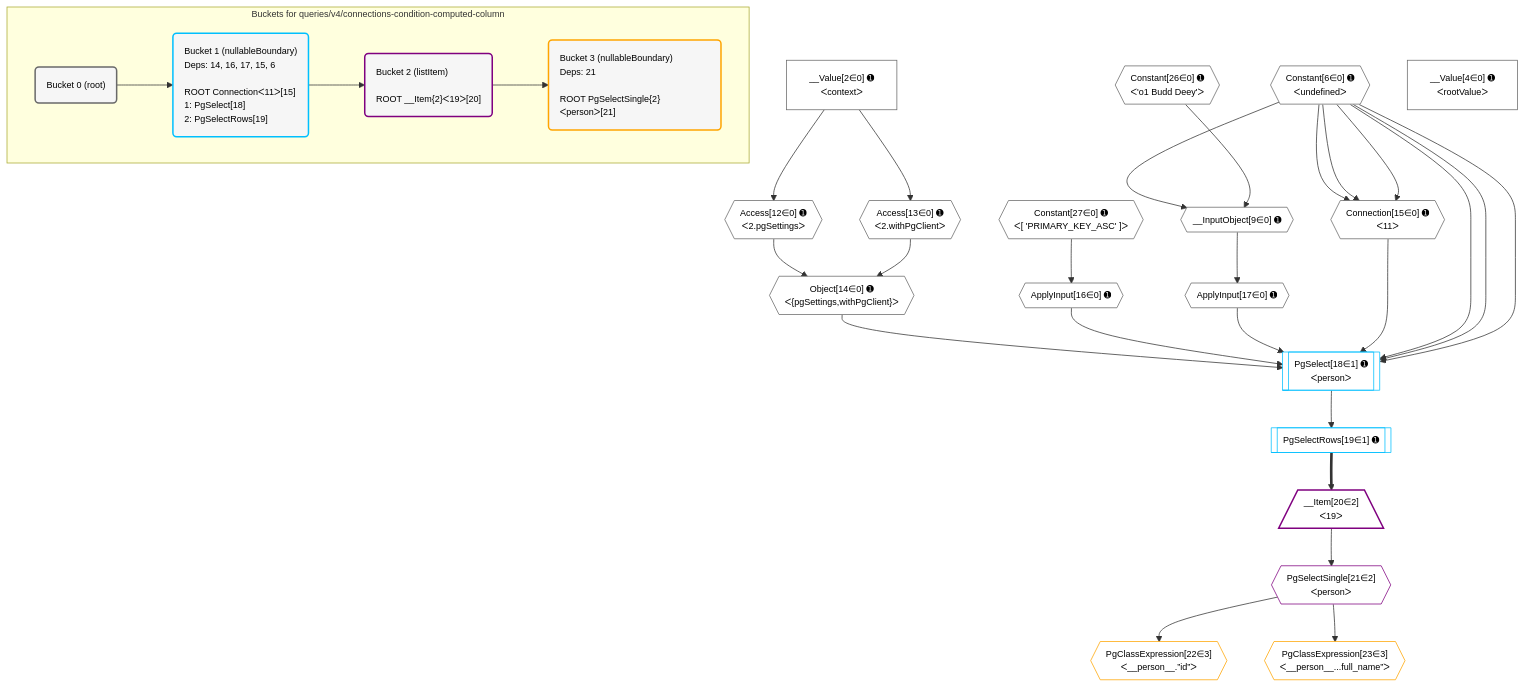
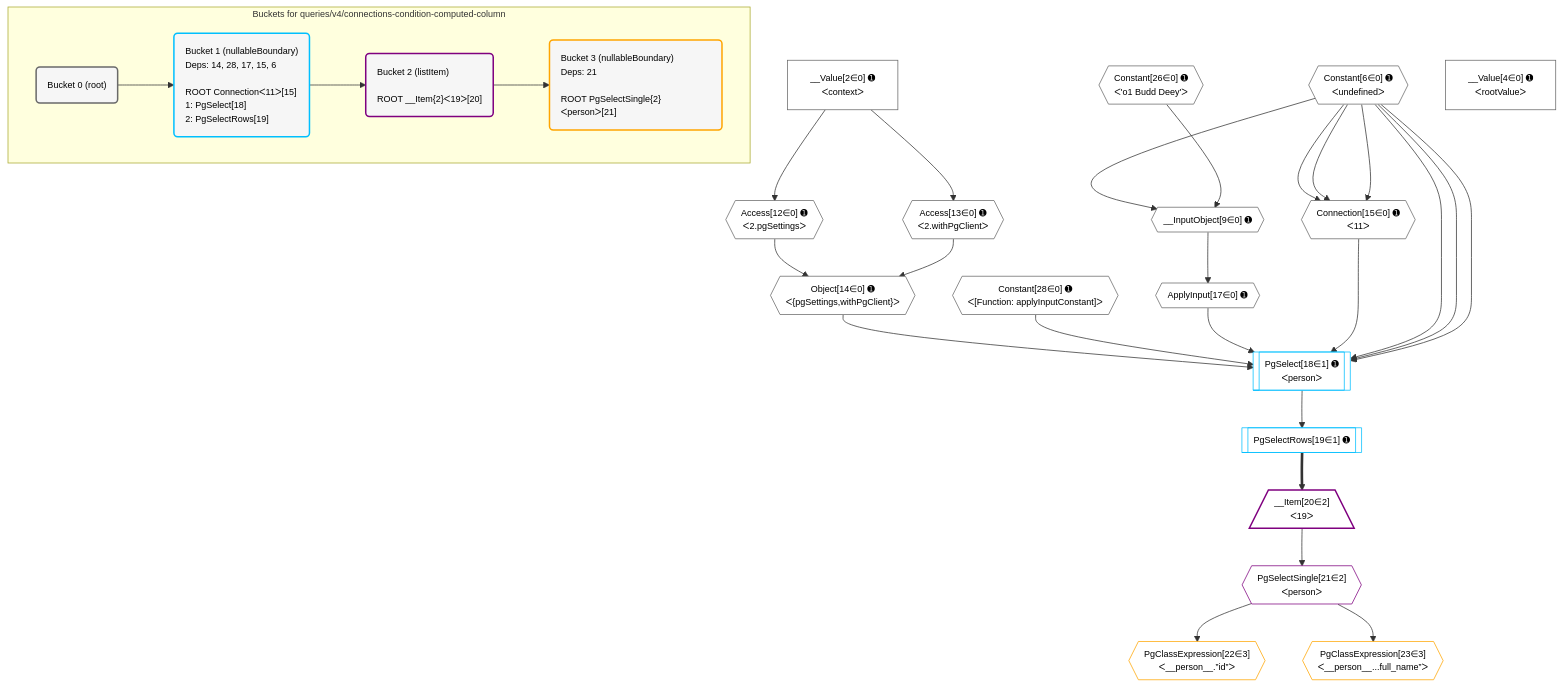
One commit to graphile/crystal changed the diagram in postgraphile/postgraphile/__tests__/queries/v4/connections-condition-computed-column.mermaid. Above: the diagram before and after it, drawn with Mermaid. The commit also changed 75 other files, not shown here.

Commit message:
Update plan diagrams with constant-ified applyInput

```diff
--- a/postgraphile/postgraphile/__tests__/queries/v4/connections-condition-computed-column.mermaid
+++ b/postgraphile/postgraphile/__tests__/queries/v4/connections-condition-computed-column.mermaid
@@ -1,62 +1,60 @@
 %%{init: {'themeVariables': { 'fontSize': '12px'}}}%%
 graph TD
     classDef path fill:#eee,stroke:#000,color:#000
     classDef plan fill:#fff,stroke-width:1px,color:#000
     classDef itemplan fill:#fff,stroke-width:2px,color:#000
     classDef unbatchedplan fill:#dff,stroke-width:1px,color:#000
     classDef sideeffectplan fill:#fcc,stroke-width:2px,color:#000
     classDef bucket fill:#f6f6f6,color:#000,stroke-width:2px,text-align:left
 
 
     %% plan dependencies
     Connection15{{"Connection[15∈0] ➊<br />ᐸ11ᐳ"}}:::plan
     Constant6{{"Constant[6∈0] ➊<br />ᐸundefinedᐳ"}}:::plan
     Constant6 & Constant6 & Constant6 --> Connection15
     __InputObject9{{"__InputObject[9∈0] ➊"}}:::plan
     Constant26{{"Constant[26∈0] ➊<br />ᐸ'o1 Budd Deey'ᐳ"}}:::plan
     Constant6 & Constant26 --> __InputObject9
     Object14{{"Object[14∈0] ➊<br />ᐸ{pgSettings,withPgClient}ᐳ"}}:::plan
     Access12{{"Access[12∈0] ➊<br />ᐸ2.pgSettingsᐳ"}}:::plan
     Access13{{"Access[13∈0] ➊<br />ᐸ2.withPgClientᐳ"}}:::plan
     Access12 & Access13 --> Object14
     __Value2["__Value[2∈0] ➊<br />ᐸcontextᐳ"]:::plan
     __Value2 --> Access12
     __Value2 --> Access13
-    ApplyInput16{{"ApplyInput[16∈0] ➊"}}:::plan
-    Constant27{{"Constant[27∈0] ➊<br />ᐸ[ 'PRIMARY_KEY_ASC' ]ᐳ"}}:::plan
-    Constant27 --> ApplyInput16
     ApplyInput17{{"ApplyInput[17∈0] ➊"}}:::plan
     __InputObject9 --> ApplyInput17
     __Value4["__Value[4∈0] ➊<br />ᐸrootValueᐳ"]:::plan
+    Constant28{{"Constant[28∈0] ➊<br />ᐸ[Function: applyInputConstant]ᐳ"}}:::plan
     PgSelect18[["PgSelect[18∈1] ➊<br />ᐸpersonᐳ"]]:::plan
-    Object14 & ApplyInput16 & ApplyInput17 & Connection15 & Constant6 & Constant6 & Constant6 --> PgSelect18
+    Object14 & Constant28 & ApplyInput17 & Connection15 & Constant6 & Constant6 & Constant6 --> PgSelect18
     PgSelectRows19[["PgSelectRows[19∈1] ➊"]]:::plan
     PgSelect18 --> PgSelectRows19
     __Item20[/"__Item[20∈2]<br />ᐸ19ᐳ"\]:::itemplan
     PgSelectRows19 ==> __Item20
     PgSelectSingle21{{"PgSelectSingle[21∈2]<br />ᐸpersonᐳ"}}:::plan
     __Item20 --> PgSelectSingle21
     PgClassExpression22{{"PgClassExpression[22∈3]<br />ᐸ__person__.”id”ᐳ"}}:::plan
     PgSelectSingle21 --> PgClassExpression22
     PgClassExpression23{{"PgClassExpression[23∈3]<br />ᐸ__person__...full_name”ᐳ"}}:::plan
     PgSelectSingle21 --> PgClassExpression23
 
     %% define steps
 
     subgraph "Buckets for queries/v4/connections-condition-computed-column"
     Bucket0("Bucket 0 (root)"):::bucket
     classDef bucket0 stroke:#696969
-    class Bucket0,__Value2,__Value4,Constant6,__InputObject9,Access12,Access13,Object14,Connection15,ApplyInput16,ApplyInput17,Constant26,Constant27 bucket0
-    Bucket1("Bucket 1 (nullableBoundary)<br />Deps: 14, 16, 17, 15, 6<br /><br />ROOT Connectionᐸ11ᐳ[15]<br />1: PgSelect[18]<br />2: PgSelectRows[19]"):::bucket
+    class Bucket0,__Value2,__Value4,Constant6,__InputObject9,Access12,Access13,Object14,Connection15,ApplyInput17,Constant26,Constant28 bucket0
+    Bucket1("Bucket 1 (nullableBoundary)<br />Deps: 14, 28, 17, 15, 6<br /><br />ROOT Connectionᐸ11ᐳ[15]<br />1: PgSelect[18]<br />2: PgSelectRows[19]"):::bucket
     classDef bucket1 stroke:#00bfff
     class Bucket1,PgSelect18,PgSelectRows19 bucket1
     Bucket2("Bucket 2 (listItem)<br /><br />ROOT __Item{2}ᐸ19ᐳ[20]"):::bucket
     classDef bucket2 stroke:#7f007f
     class Bucket2,__Item20,PgSelectSingle21 bucket2
     Bucket3("Bucket 3 (nullableBoundary)<br />Deps: 21<br /><br />ROOT PgSelectSingle{2}ᐸpersonᐳ[21]"):::bucket
     classDef bucket3 stroke:#ffa500
     class Bucket3,PgClassExpression22,PgClassExpression23 bucket3
     Bucket0 --> Bucket1
     Bucket1 --> Bucket2
     Bucket2 --> Bucket3
     end
```
